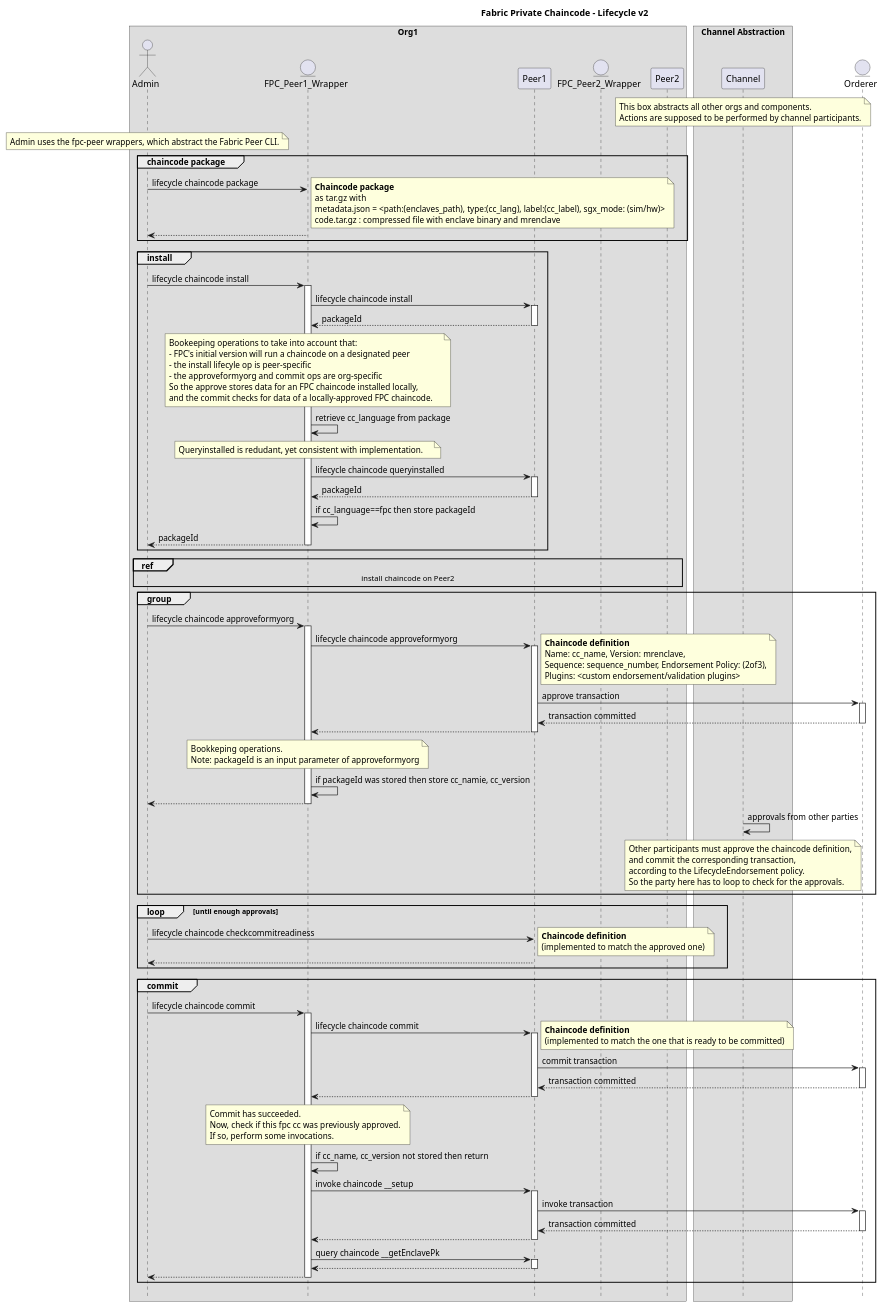
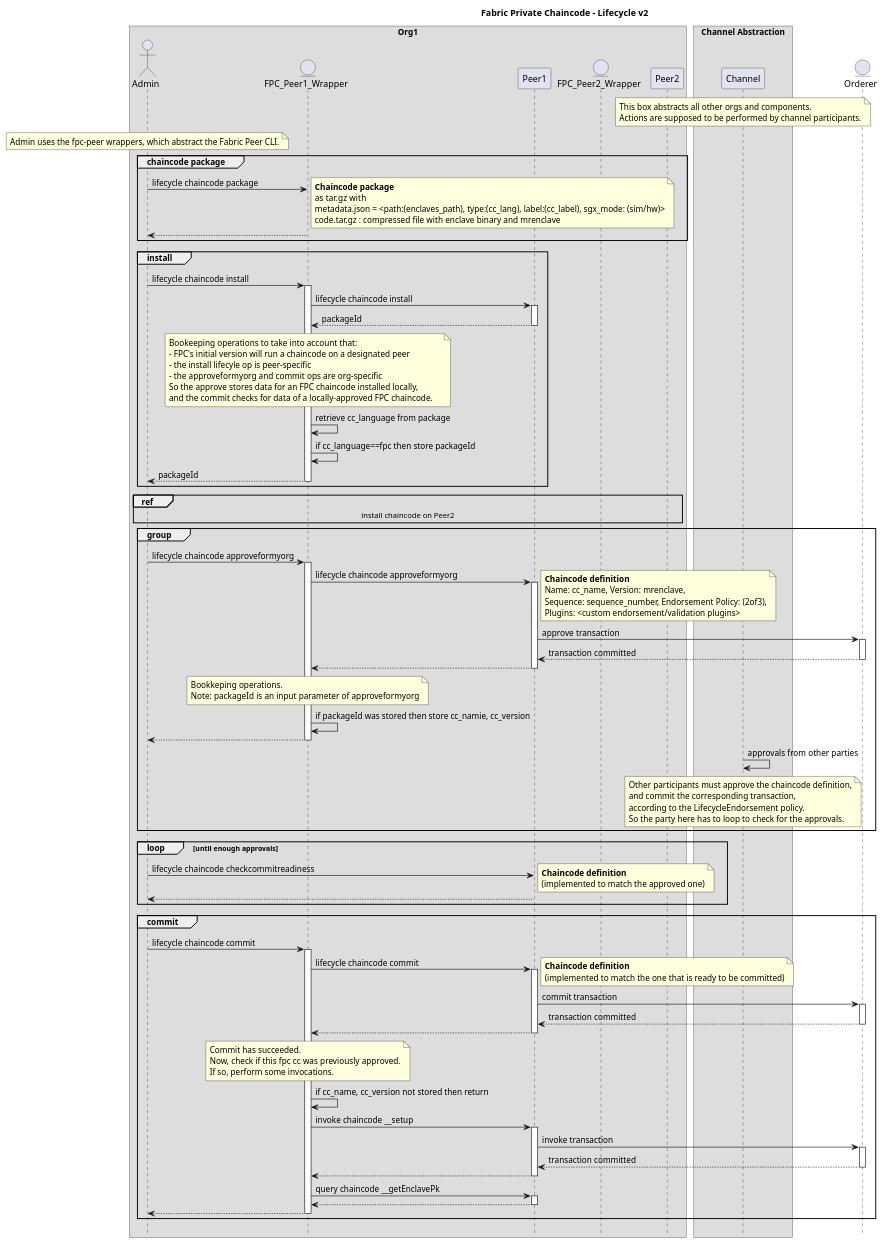
Before and after one commit to hyperledger/fabric-private-chaincode: the diagram in docs/design/fabric-v2+/fpc-lifecycle-v2.puml, drawn with PlantUML.

Commit message:
remove redundant query installed

```diff
--- a/docs/design/fabric-v2+/fpc-lifecycle-v2.puml
+++ b/docs/design/fabric-v2+/fpc-lifecycle-v2.puml
@@ -8,132 +8,127 @@
 @startuml
 
 !pragma teoz true
 
 hide footbox
 title Foot Box removed
 
 title Fabric Private Chaincode - Lifecycle v2
 
 box "Org1"
 actor	Admin order 10
 entity "FPC_Peer1_Wrapper" as FPC_Peer1_Wrapper order 15
 participant Peer1 order 20
 entity "FPC_Peer2_Wrapper" as FPC_Peer2_Wrapper order 30
 participant Peer2 order 40
 end box
 
 box "Channel Abstraction"
 participant Channel order 70
 note over Channel
     This box abstracts all other orgs and components.
     Actions are supposed to be performed by channel participants.
 end note
 end box
 
 entity Orderer order 80
 
 note over Admin
     Admin uses the fpc-peer wrappers, which abstract the Fabric Peer CLI.
 end note
 
 group chaincode package
 Admin -> FPC_Peer1_Wrapper : lifecycle chaincode package
 note right
     **Chaincode package**
     as tar.gz with
     metadata.json = <path:(enclaves_path), type:(cc_lang), label:(cc_label), sgx_mode: (sim/hw)>
     code.tar.gz : compressed file with enclave binary and mrenclave
 end note
 return
 end /' group chaincode package '/
 
 group install
 Admin -> FPC_Peer1_Wrapper ++: lifecycle chaincode install
 FPC_Peer1_Wrapper -> Peer1 ++: lifecycle chaincode install
 return packageId
 note over FPC_Peer1_Wrapper
     Bookeeping operations to take into account that:
     - FPC's initial version will run a chaincode on a designated peer
     - the install lifecyle op is peer-specific
     - the approveformyorg and commit ops are org-specific
     So the approve stores data for an FPC chaincode installed locally,
     and the commit checks for data of a locally-approved FPC chaincode.    
 end note
 FPC_Peer1_Wrapper -> FPC_Peer1_Wrapper : retrieve cc_language from package
-note over FPC_Peer1_Wrapper
-    Queryinstalled is redudant, yet consistent with implementation.    
-end note
-FPC_Peer1_Wrapper -> Peer1 ++: lifecycle chaincode queryinstalled
-return packageId
 FPC_Peer1_Wrapper -> FPC_Peer1_Wrapper : if cc_language==fpc then store packageId
 return packageId /' Admin -> FPC_Peer1_Wrapper '/
 end /' group install '/
 
 ref over Admin, FPC_Peer2_Wrapper, Peer2
     install chaincode on Peer2
 end /' ref '/
 
 group /' approve '/
 Admin -> FPC_Peer1_Wrapper ++: lifecycle chaincode approveformyorg
 FPC_Peer1_Wrapper -> Peer1 ++: lifecycle chaincode approveformyorg
 note right
     **Chaincode definition**
     Name: cc_name, Version: mrenclave,
     Sequence: sequence_number, Endorsement Policy: (2of3),
     Plugins: <custom endorsement/validation plugins>
 end note
 Peer1 -> Orderer ++: approve transaction
 return transaction committed /' Peer1 -> Orderer '/
 return /' FPC_Peer1_Wrapper -> Peer1 '/
 note over FPC_Peer1_Wrapper
     Bookkeping operations.
     Note: packageId is an input parameter of approveformyorg
 end note
 FPC_Peer1_Wrapper -> FPC_Peer1_Wrapper : if packageId was stored then store cc_namie, cc_version
 return /' Admin -> FPC_Peer1_Wrapper '/
 
 Channel -> Channel : approvals from other parties
 note over Channel
     Other participants must approve the chaincode definition,
     and commit the corresponding transaction,
     according to the LifecycleEndorsement policy.
     So the party here has to loop to check for the approvals.
 end note
 
 end /' group approve '/
 
 loop until enough approvals
 	Admin -> Peer1 : lifecycle chaincode checkcommitreadiness
 note right
     **Chaincode definition**
     (implemented to match the approved one)
 end note
     return
 end
 
 group commit
 Admin -> FPC_Peer1_Wrapper ++:lifecycle chaincode commit
 FPC_Peer1_Wrapper -> Peer1 ++: lifecycle chaincode commit
 note right
     **Chaincode definition**
     (implemented to match the one that is ready to be committed)
 end note
 Peer1 -> Orderer ++: commit transaction
 return transaction committed /' Peer1 -> Orderer '/
 return /' FPC_Peer1_Wrapper -> Peer1 '/
 note over FPC_Peer1_Wrapper
     Commit has succeeded.
     Now, check if this fpc cc was previously approved.
     If so, perform some invocations.
 end note
 FPC_Peer1_Wrapper -> FPC_Peer1_Wrapper : if cc_name, cc_version not stored then return
 FPC_Peer1_Wrapper -> Peer1 ++: invoke chaincode __setup
 Peer1 -> Orderer ++: invoke transaction
 return transaction committed
 return /' FPC_Peer1_Wrapper -> Peer1 '/
 FPC_Peer1_Wrapper -> Peer1 ++: query chaincode __getEnclavePk
 return /' FPC_Peer1_Wrapper -> Peer1 '/
 return /' Admin -> FPC_Peer1_Wrapper '/
 end /' group commit '/
 
 @enduml
```
